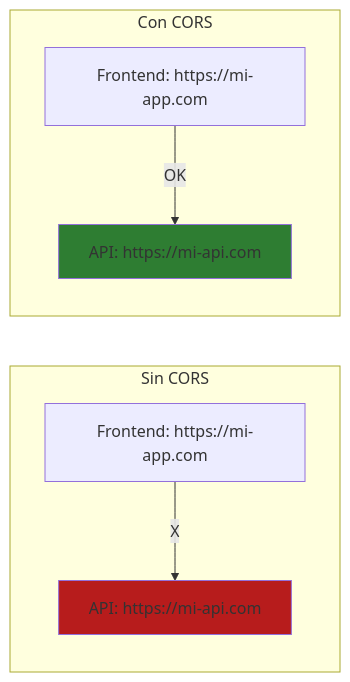
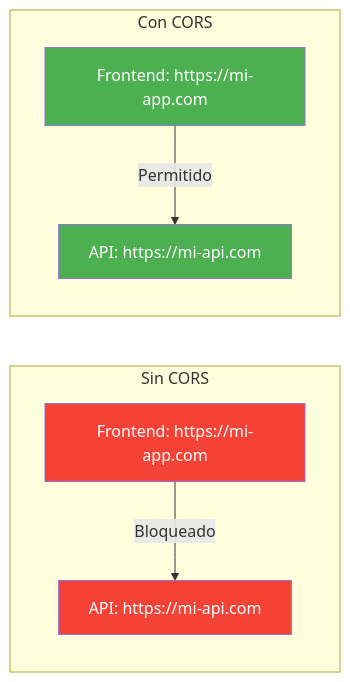
Before and after one commit to joseluisgs/DesarrolloWebEntornosServidor-02-2026-2027: the diagram in 24-documentacion.md, drawn with Mermaid. The commit also changed other lines of this file and 5 other files, not shown here.

````diff
--- a/24-documentacion.md
+++ b/24-documentacion.md
@@ -44,12 +44,14 @@
 ```mermaid
 flowchart LR
     subgraph "Sin CORS"
-        A[Frontend: https://mi-app.com] -->|X| B[API: https://mi-api.com]
-        style B fill:#B71C1C
+        A[Frontend: https://mi-app.com] -->|Bloqueado| B[API: https://mi-api.com]
+        style A fill:#f44336,color:#fff
+        style B fill:#f44336,color:#fff
     end
-    
+
     subgraph "Con CORS"
-        C[Frontend: https://mi-app.com] -->|OK| D[API: https://mi-api.com]
-        style D fill:#2E7D32
+        C[Frontend: https://mi-app.com] -->|Permitido| D[API: https://mi-api.com]
+        style C fill:#4CAF50,color:#fff
+        style D fill:#4CAF50,color:#fff
     end
 ```
````
